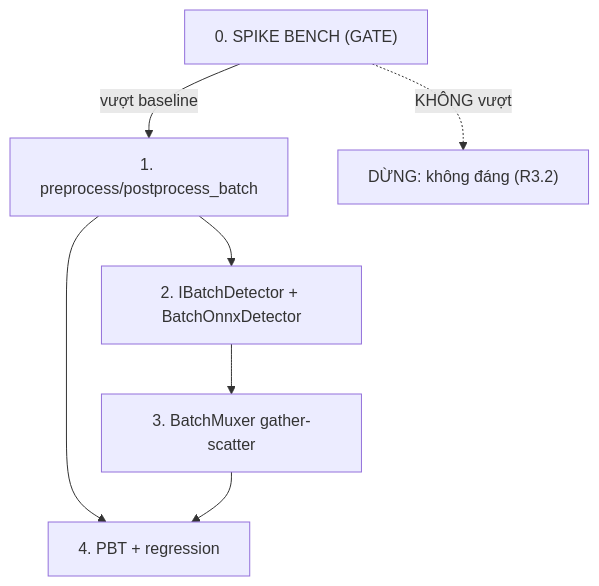
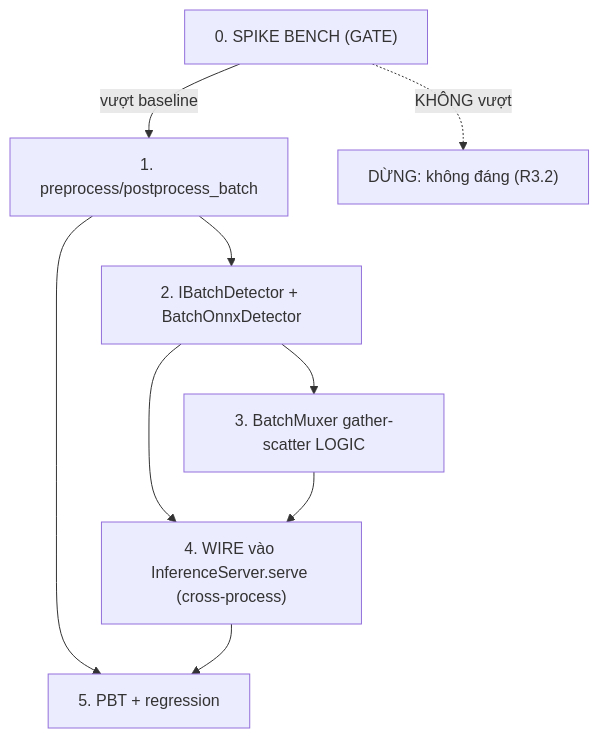
One commit to mgcoder9x/VisionPlatform changed the diagram in .kiro/specs/batch-mux/tasks.md. Above: the diagram before and after it, drawn with Mermaid. The commit also changed other lines of this file and 7 other files, not shown here.

Commit message:
review(batch-mux): chot diem tich hop = InferenceServer.serve cross-process (scatter ZMQ ident, backpressure truc giao, +Task 4 wire) +D-102 +K-096 #371

````diff
--- a/.kiro/specs/batch-mux/tasks.md
+++ b/.kiro/specs/batch-mux/tasks.md
@@ -70,9 +77,11 @@
 ```mermaid
 graph TD
   T0["0. SPIKE BENCH (GATE)"] -->|vượt baseline| T1["1. preprocess/postprocess_batch"]
   T0 -.->|KHÔNG vượt| STOP["DỪNG: không đáng (R3.2)"]
   T1 --> T2["2. IBatchDetector + BatchOnnxDetector"]
-  T2 --> T3["3. BatchMuxer gather-scatter"]
-  T1 --> T4["4. PBT + regression"]
+  T2 --> T3["3. BatchMuxer gather-scatter LOGIC"]
+  T2 --> T4["4. WIRE vào InferenceServer.serve (cross-process)"]
   T3 --> T4
+  T1 --> T5["5. PBT + regression"]
+  T4 --> T5
 ```
````
